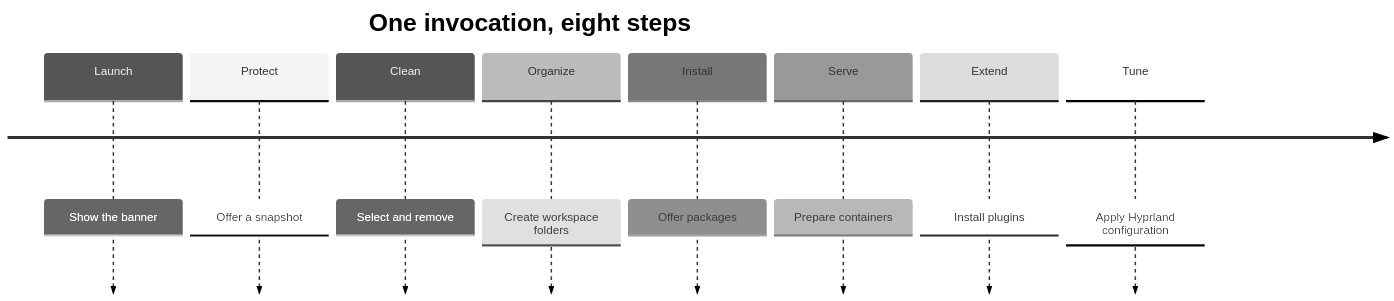
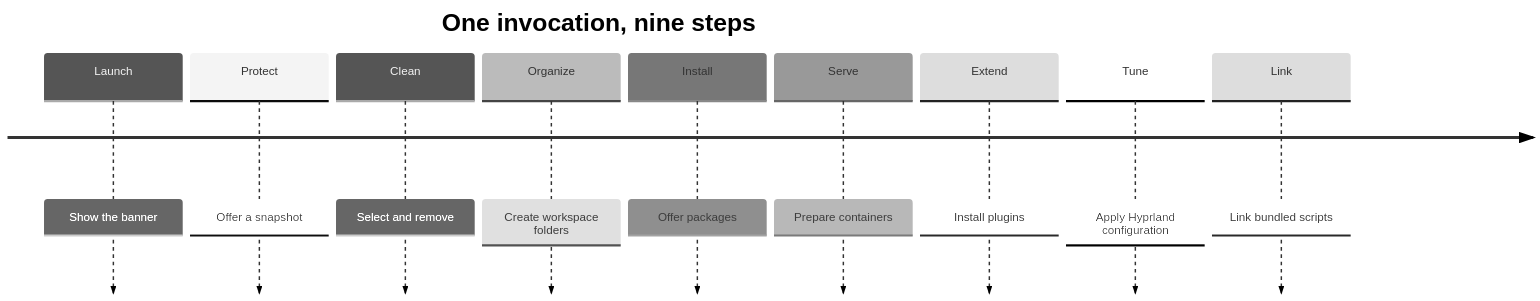
Before and after one commit to Armoghans-Organization/Omarchy-Tweaker: the second of 3 diagrams in docs/index.md, drawn with Mermaid (neutral theme). The commit also changed other lines of this file and 21 other files, not shown here.

Commit message:
feat(scripts): link bundled helper scripts into PATH

````diff
--- a/docs/index.md
+++ b/docs/index.md
@@ -115,12 +116,13 @@
 ```mermaid
 timeline
-    title One invocation, eight steps
+    title One invocation, nine steps
     Launch : Show the banner
     Protect : Offer a snapshot
     Clean : Select and remove
     Organize : Create workspace folders
     Install : Offer packages
     Serve : Prepare containers
     Extend : Install plugins
     Tune : Apply Hyprland configuration
+    Link : Link bundled scripts
 ```
````
